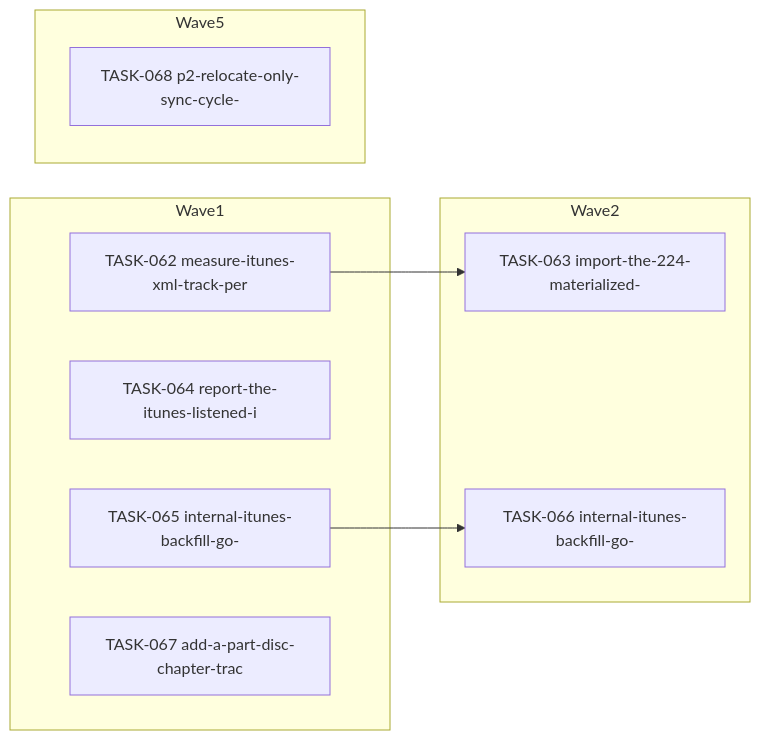
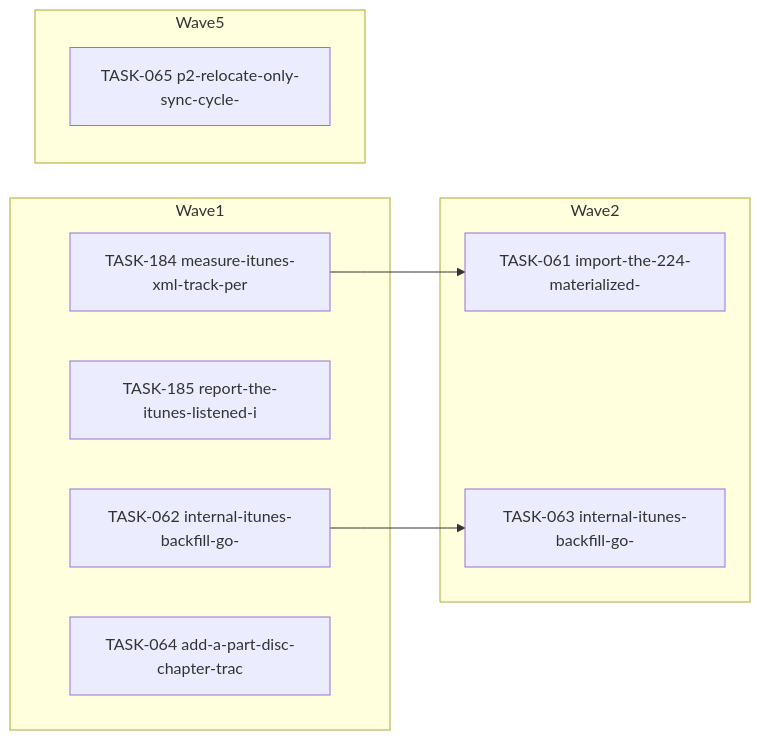
Before and after one commit to falkcorp/audiobook-organizer: the diagram in docs/agent-tasks/todo-completion/itunes/orchestration.md, drawn with Mermaid. The commit also changed other lines of this file and 406 other files, not shown here.

````diff
--- a/docs/agent-tasks/todo-completion/itunes/orchestration.md
+++ b/docs/agent-tasks/todo-completion/itunes/orchestration.md
@@ -12,18 +12,18 @@
 ```mermaid
 flowchart LR
     subgraph Wave1
-      TASK062[TASK-062 measure-itunes-xml-track-per]
-      TASK064[TASK-064 report-the-itunes-listened-i]
-      TASK065[TASK-065 internal-itunes-backfill-go-]
-      TASK067[TASK-067 add-a-part-disc-chapter-trac]
+      TASK184[TASK-184 measure-itunes-xml-track-per]
+      TASK185[TASK-185 report-the-itunes-listened-i]
+      TASK062[TASK-062 internal-itunes-backfill-go-]
+      TASK064[TASK-064 add-a-part-disc-chapter-trac]
     end
     subgraph Wave2
-      TASK063[TASK-063 import-the-224-materialized-]
-      TASK066[TASK-066 internal-itunes-backfill-go-]
+      TASK061[TASK-061 import-the-224-materialized-]
+      TASK063[TASK-063 internal-itunes-backfill-go-]
     end
     subgraph Wave5
-      TASK068[TASK-068 p2-relocate-only-sync-cycle-]
+      TASK065[TASK-065 p2-relocate-only-sync-cycle-]
     end
     TASK062 --> TASK063
-    TASK065 --> TASK066
+    TASK184 --> TASK061
 ```
````
